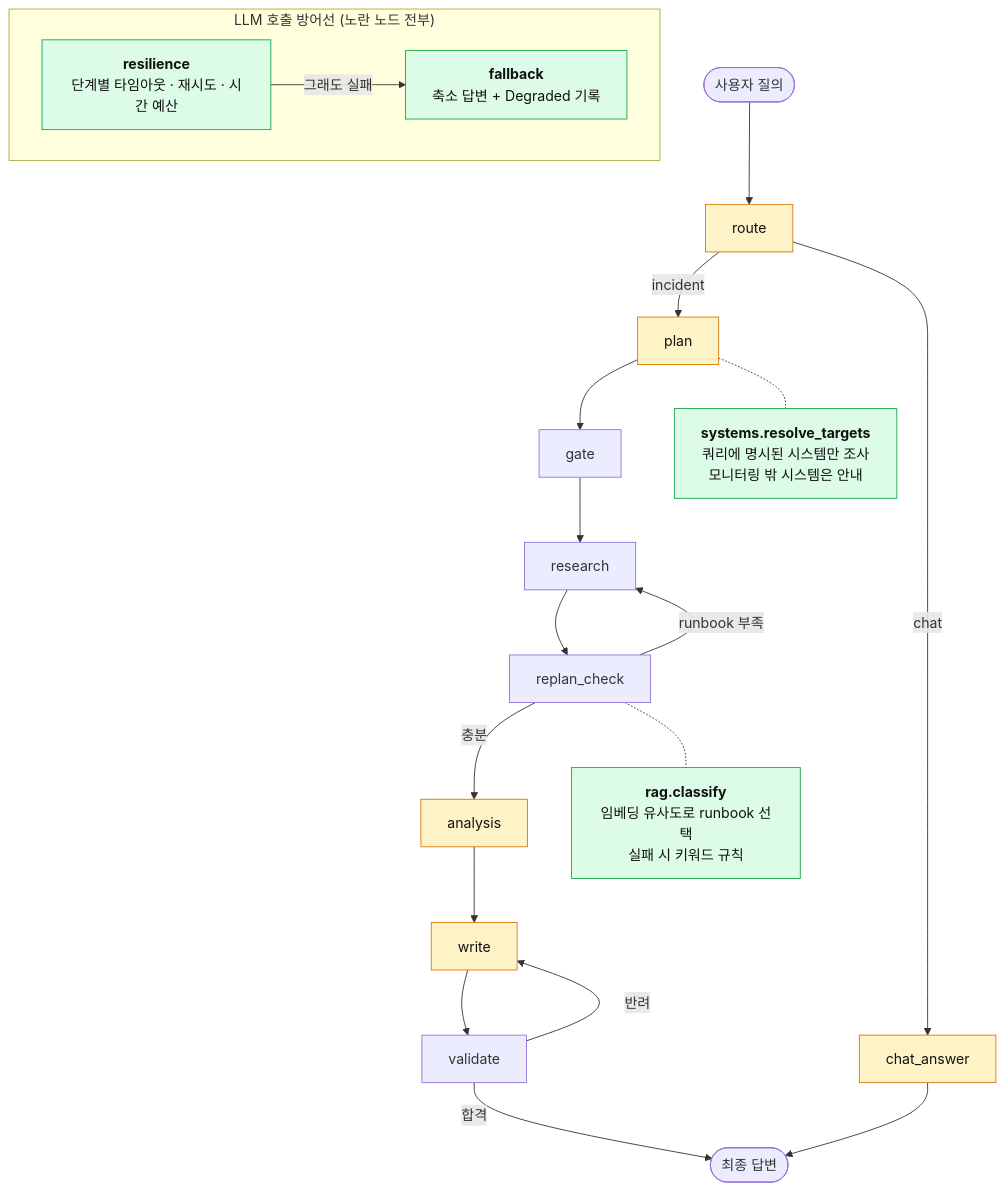
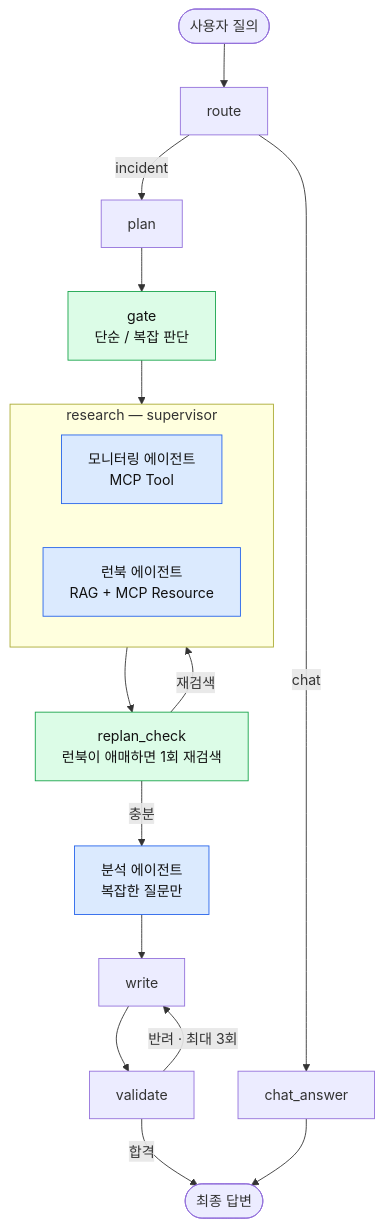
One commit to KangDaeSu/skala-ai-mini-project changed the diagram in README.md. Above: the diagram before and after it, drawn with Mermaid. The commit also changed other lines of this file and 60 other files, not shown here.

````diff
--- a/README.md
+++ b/README.md
@@ -53,25 +41,24 @@
 ```mermaid
 flowchart TB
     Q(["사용자 질의"]) --> route
     route -->|chat| chat["chat_answer"]
-    route -->|incident| plan
-    plan --> gate --> research --> replan["replan_check"]
-    replan -->|runbook 부족| research
-    replan -->|충분| analysis --> write --> validate
-    validate -->|반려| write
+    route -->|incident| plan --> gate["gate<br/>단순 / 복잡 판단"]
+    gate --> research
+    subgraph research["research — supervisor"]
+        direction LR
+        MON["모니터링 에이전트<br/>MCP Tool"]
+        RB["런북 에이전트<br/>RAG + MCP Resource"]
+    end
+    research --> replan["replan_check<br/>런북이 애매하면 1회 재검색"]
+    replan -->|재검색| research
+    replan -->|충분| analysis["분석 에이전트<br/>복잡한 질문만"]
+    analysis --> write --> validate
+    validate -->|반려 · 최대 3회| write
     validate -->|합격| finalize(["최종 답변"])
     chat --> finalize
 
-    plan -.- SYS["<b>systems.resolve_targets</b><br/>쿼리에 명시된 시스템만 조사<br/>모니터링 밖 시스템은 안내"]
-    replan -.- RAG["<b>rag.classify</b><br/>임베딩 유사도로 runbook 선택<br/>실패 시 키워드 규칙"]
-
-    subgraph GUARD["LLM 호출 방어선 (노란 노드 전부)"]
-        RES["<b>resilience</b><br/>단계별 타임아웃 · 재시도 · 시간 예산"] -->|그래도 실패| FB["<b>fallback</b><br/>축소 답변 + Degraded 기록"]
-    end
-
-
-    classDef llm fill:#fef3c7,stroke:#d97706,color:#111;
+    classDef agent fill:#dbeafe,stroke:#2563eb,color:#111;
     classDef added fill:#dcfce7,stroke:#16a34a,color:#111;
-    class route,plan,analysis,write,chat llm;
-    class SYS,RAG,RES,FB added;
+    class MON,RB,analysis agent;
+    class gate,replan added;
 ```
````
